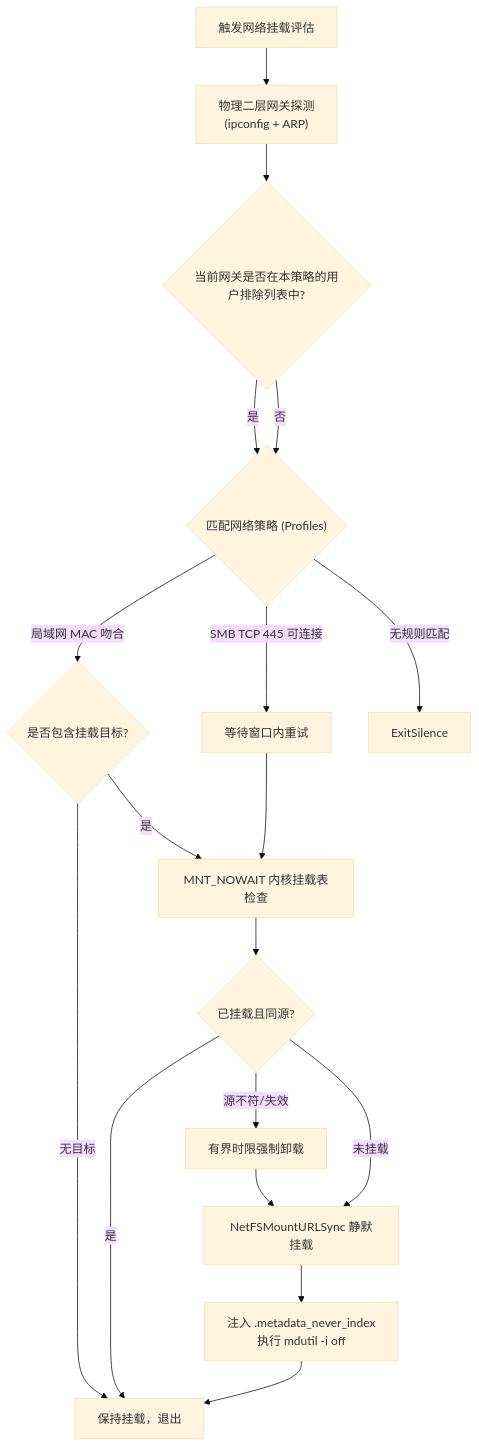
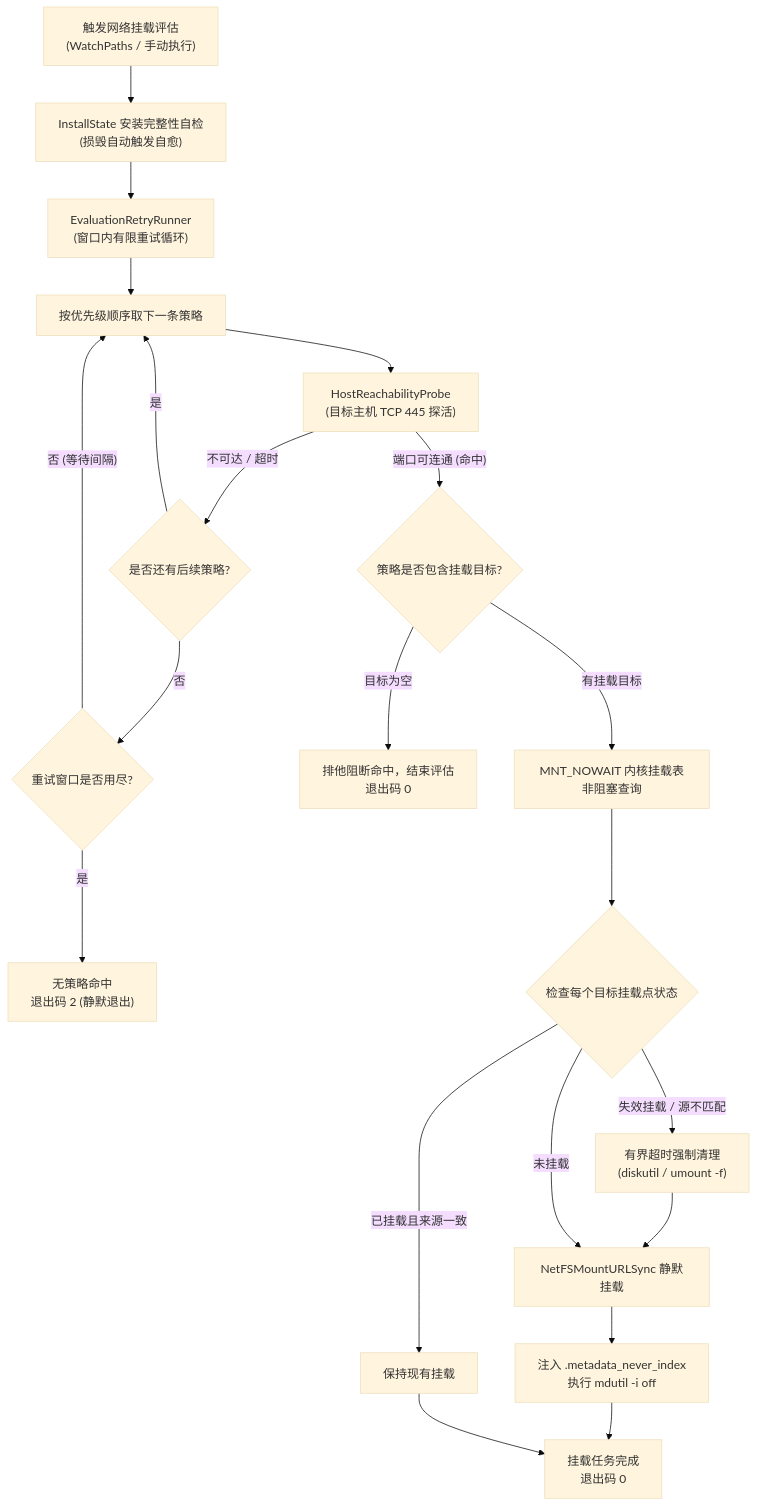
The diagram in ARCHITECTURE.zh.md (jiezhengj/automnt), drawn with Mermaid (base theme) before and after one commit. The commit also changed other lines of this file and 26 other files, not shown here.

````diff
--- a/ARCHITECTURE.zh.md
+++ b/ARCHITECTURE.zh.md
@@ -5,23 +5,28 @@
 ```mermaid
 flowchart TD
-    Start["触发网络挂载评估"] --> CheckGW["物理二层网关探测\n(ipconfig + ARP)"]
-    CheckGW --> GatewayFilter{"当前网关是否在本策略的用户排除列表中?"}
-    GatewayFilter -- 是 --> RouteMatch{"评估下一条网络策略"}
-    GatewayFilter -- 否 --> RouteMatch{"匹配网络策略 (Profiles)"}
+    Start["触发网络挂载评估\n(WatchPaths / 手动执行)"] --> HealthCheck["InstallState 安装完整性自检\n(损毁自动触发自愈)"]
+    HealthCheck --> RetryLoop["EvaluationRetryRunner\n(窗口内有限重试循环)"]
     
-    RouteMatch -- "局域网 MAC 吻合" --> HasTargets{"是否包含挂载目标?"}
-    HasTargets -- "无目标" --> Done["结束评估并静默退出"]
-    HasTargets -- "是" --> CheckMount["MNT_NOWAIT 内核挂载表检查"]
-    RouteMatch -- "SMB TCP 445 可连接" --> ProbeRetry["等待窗口内重试"]
-    ProbeRetry --> CheckMount
-    RouteMatch -- "无规则匹配" --> ExitSilence
+    RetryLoop --> NextProfile["按优先级顺序取下一条策略"]
+    NextProfile --> HostProbe["HostReachabilityProbe\n(目标主机 TCP 445 探活)"]
     
-    CheckMount --> SourceAudit{"已挂载且同源?"}
-    SourceAudit -- 是 --> Done["保持挂载，退出"]
-    SourceAudit -- "源不符/失效" --> ForceUnmount["有界时限强制卸载"]
-    ForceUnmount --> NetFSMount["NetFSMountURLSync 静默挂载"]
-    SourceAudit -- 未挂载 --> NetFSMount
+    HostProbe -- "不可达 / 超时" --> HasMoreProfiles{"是否还有后续策略?"}
+    HasMoreProfiles -- "是" --> NextProfile
+    HasMoreProfiles -- "否" --> WindowCheck{"重试窗口是否用尽?"}
+    WindowCheck -- "否 (等待间隔)" --> NextProfile
+    WindowCheck -- "是" --> ExitSilent["无策略命中\n退出码 2 (静默退出)"]
     
-    NetFSMount --> IndexProtect["注入 .metadata_never_index\n执行 mdutil -i off"]
-    IndexProtect --> Done
+    HostProbe -- "端口可连通 (命中)" --> HasTargets{"策略是否包含挂载目标?"}
+    HasTargets -- "目标为空" --> ExitSuccess["排他阻断命中，结束评估\n退出码 0"]
+    HasTargets -- "有挂载目标" --> KernelScan["MNT_NOWAIT 内核挂载表非阻塞查询"]
+    
+    KernelScan --> TargetAudit{"检查每个目标挂载点状态"}
+    TargetAudit -- "已挂载且来源一致" --> KeepMount["保持现有挂载"]
+    TargetAudit -- "失效挂载 / 源不匹配" --> BoundedClean["有界超时强制清理\n(diskutil / umount -f)"]
+    BoundedClean --> DoMount["NetFSMountURLSync 静默挂载"]
+    TargetAudit -- "未挂载" --> DoMount
+    
+    DoMount --> SpotlightShield["注入 .metadata_never_index\n执行 mdutil -i off"]
+    SpotlightShield --> Finish["挂载任务完成\n退出码 0"]
+    KeepMount --> Finish
 ```
````
